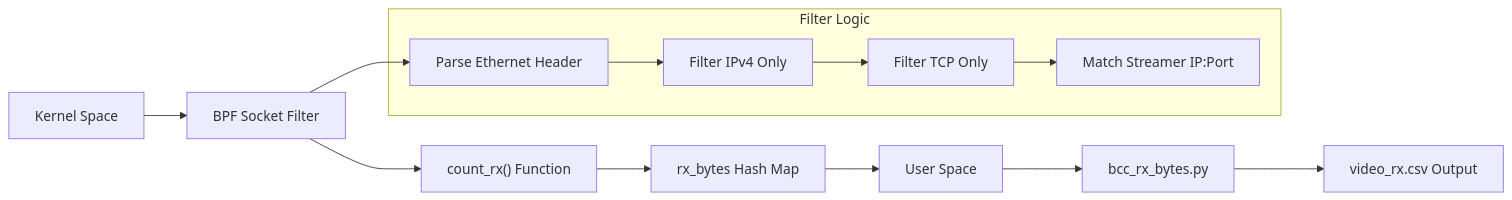
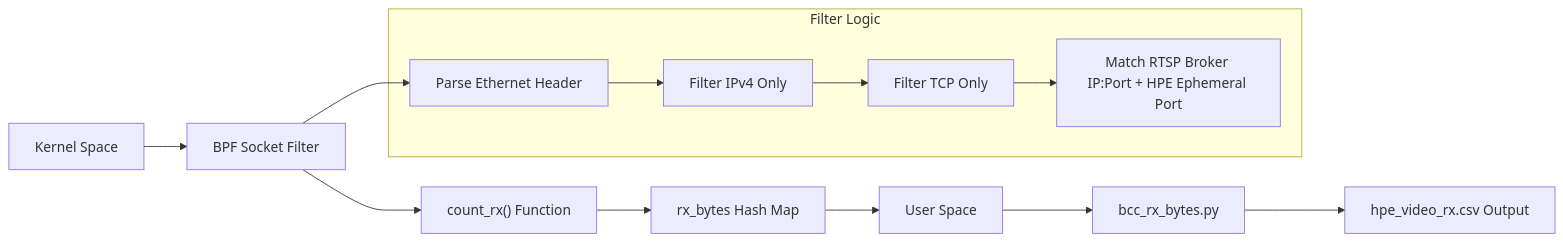
Before and after one commit to Fogus-Gr/MeasurementsDTs: the fourth of 4 diagrams in .qoder/repowiki/en/content/Getting Started/Getting Started.md, drawn with Mermaid. The commit also changed other lines of this file and 30 other files, not shown here.

````diff
--- a/.qoder/repowiki/en/content/Getting Started/Getting Started.md
+++ b/.qoder/repowiki/en/content/Getting Started/Getting Started.md
@@ -491,17 +511,17 @@
 ```mermaid
 graph LR
 A["Kernel Space"] --> B["BPF Socket Filter"]
 B --> C["count_rx() Function"]
 C --> D["rx_bytes Hash Map"]
 D --> E["User Space"]
 E --> F["bcc_rx_bytes.py"]
-F --> G["video_rx.csv Output"]
+F --> G["hpe_video_rx.csv Output"]
 subgraph "Filter Logic"
 H["Parse Ethernet Header"]
 I["Filter IPv4 Only"]
 J["Filter TCP Only"]
-K["Match Streamer IP:Port"]
+K["Match RTSP Broker IP:Port + HPE Ephemeral Port"]
 H --> I --> J --> K
 end
 B --> H
 ```
````
